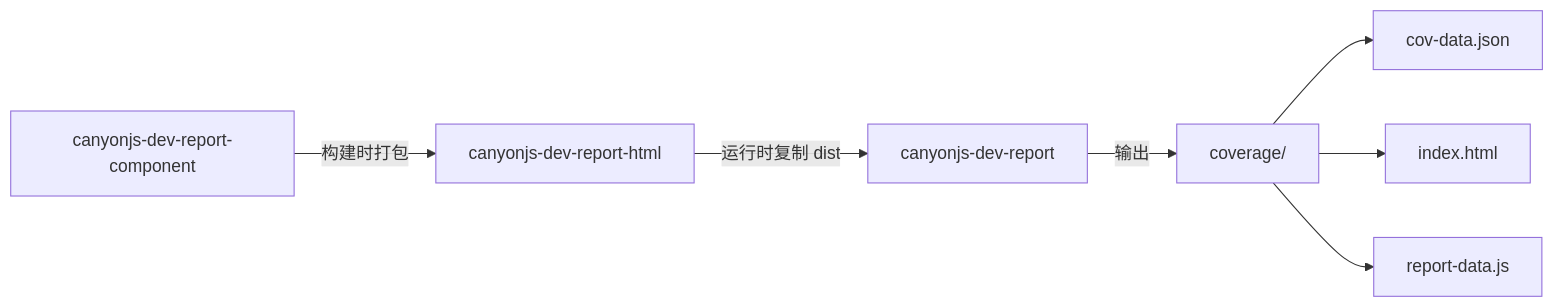
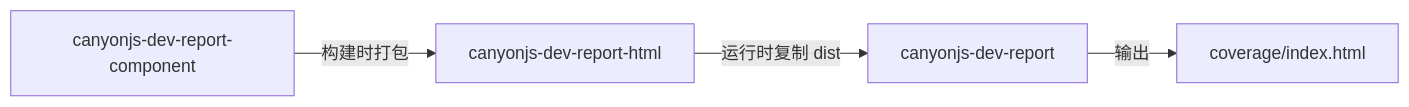
The diagram in README.md (travzhang/istanbul-report-html), drawn with Mermaid before and after one commit. The commit also changed other lines of this file and 11 other files, not shown here.

````diff
--- a/README.md
+++ b/README.md
@@ -15,9 +15,6 @@
 ```mermaid
 flowchart LR
   A[canyonjs-dev-report-component] -->|构建时打包| B[canyonjs-dev-report-html]
   B -->|运行时复制 dist| C[canyonjs-dev-report]
-  C -->|输出| D[coverage/]
-  D --> D1[cov-data.json]
-  D --> D2[index.html]
-  D --> D3[report-data.js]
+  C -->|输出| D[coverage/index.html]
 ```
````
